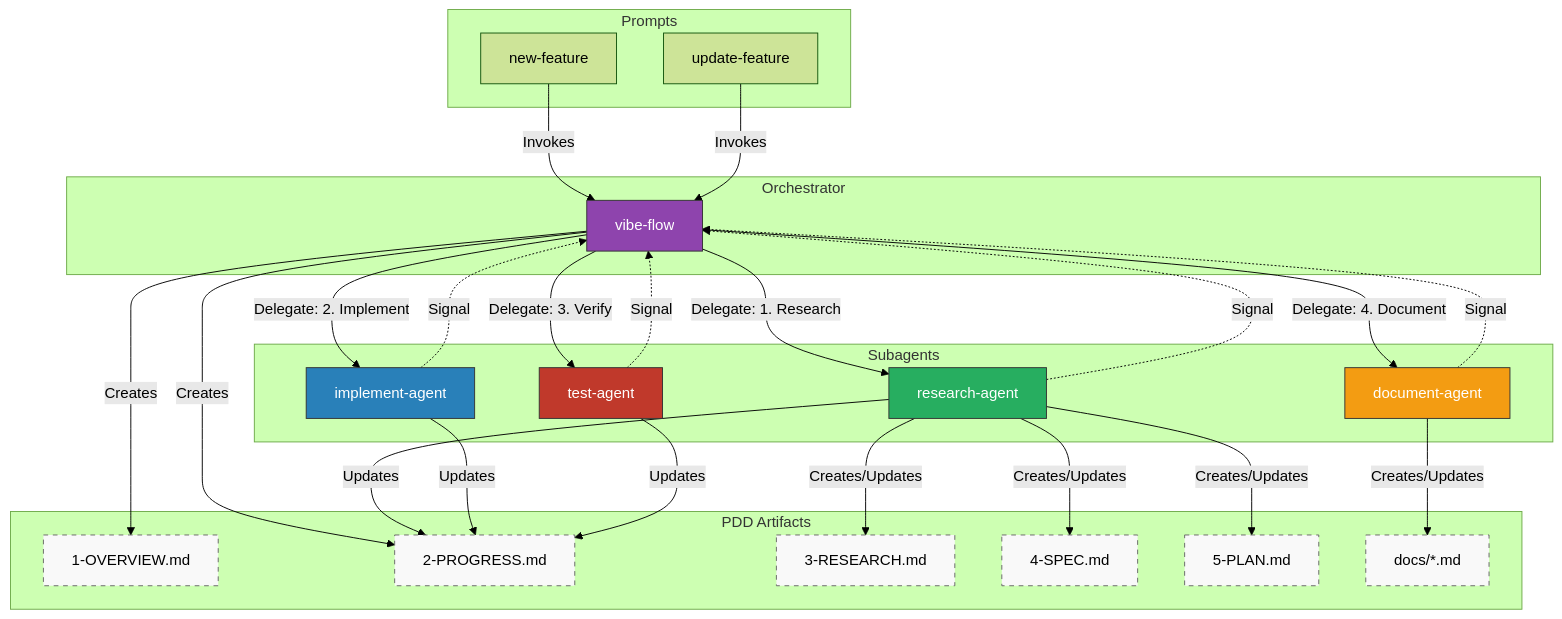
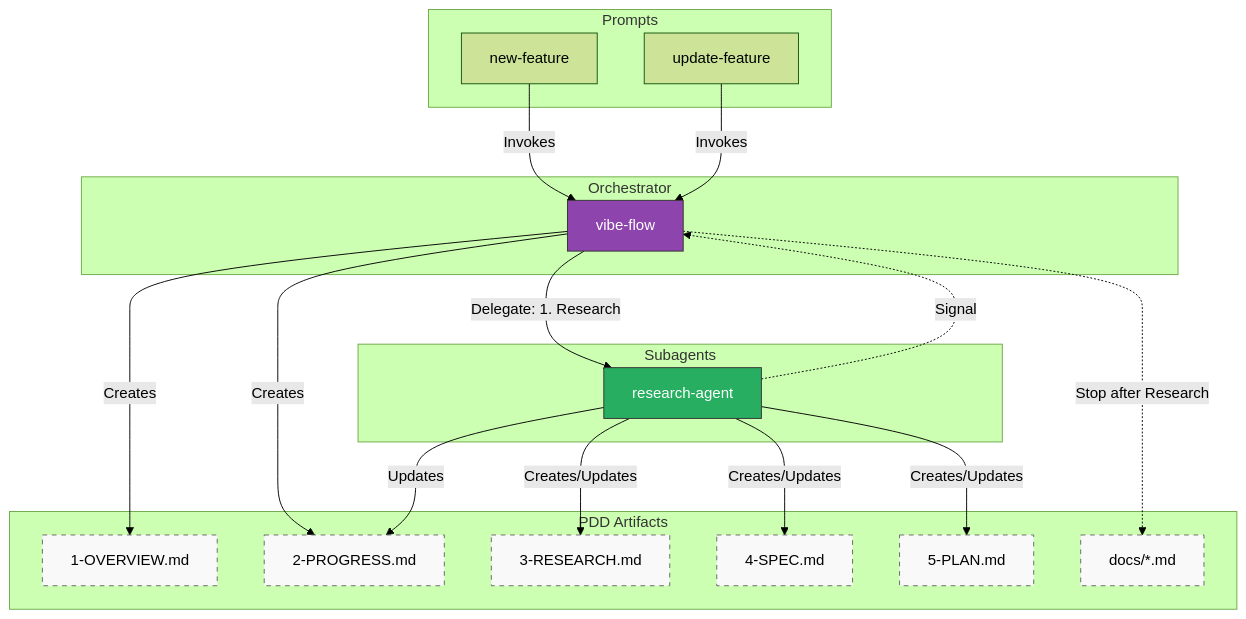
Before and after one commit to sammykumar/vibe-flow-agent-orchestrator: the diagram in README.md, drawn with Mermaid (forest theme). The commit also changed other lines of this file and 10 other files, not shown here.

````diff
--- a/README.md
+++ b/README.md
@@ -23,65 +23,49 @@
 ```mermaid
 graph TD
     subgraph "Prompts"
         NF[new-feature]
         UF[update-feature]
     end
 
     subgraph "Orchestrator"
         VF[vibe-flow]
     end
 
     subgraph "Subagents"
         RA[research-agent]
-        IA[implement-agent]
-        TA[test-agent]
-        DA[document-agent]
     end
 
     subgraph "PDD Artifacts"
         F1[1-OVERVIEW.md]
         F2[2-PROGRESS.md]
         F3[3-RESEARCH.md]
         F4[4-SPEC.md]
         F5[5-PLAN.md]
         DOCS[docs/*.md]
     end
 
     NF & UF -->|Invokes| VF
 
     %% Orchestrator inits
     VF -->|Creates| F1
     VF -->|Creates| F2
 
     VF -->|Delegate: 1. Research| RA
     RA -->|Creates/Updates| F3
     RA -->|Creates/Updates| F4
     RA -->|Creates/Updates| F5
     RA -->|Updates| F2
     RA -.->|Signal| VF
 
-    VF -->|Delegate: 2. Implement| IA
-    IA -->|Updates| F2
-    IA -.->|Signal| VF
-
-    VF -->|Delegate: 3. Verify| TA
-    TA -->|Updates| F2
-    TA -.->|Signal| VF
-
-    VF -->|Delegate: 4. Document| DA
-    DA -->|Creates/Updates| DOCS
-    DA -.->|Signal| VF
+    VF -.->|Stop after Research| DOCS
 
     style VF fill:#8e44ad,stroke:#333,color:#fff
     style RA fill:#27ae60,stroke:#333,color:#fff
-    style IA fill:#2980b9,stroke:#333,color:#fff
-    style TA fill:#c0392b,stroke:#333,color:#fff
-    style DA fill:#f39c12,stroke:#333,color:#fff
 
     style F1 fill:#f9f9f9,stroke:#666,stroke-dasharray: 5 5
     style F2 fill:#f9f9f9,stroke:#666,stroke-dasharray: 5 5
     style F3 fill:#f9f9f9,stroke:#666,stroke-dasharray: 5 5
     style F4 fill:#f9f9f9,stroke:#666,stroke-dasharray: 5 5
     style F5 fill:#f9f9f9,stroke:#666,stroke-dasharray: 5 5
     style DOCS fill:#f9f9f9,stroke:#666,stroke-dasharray: 5 5
 ```
````
